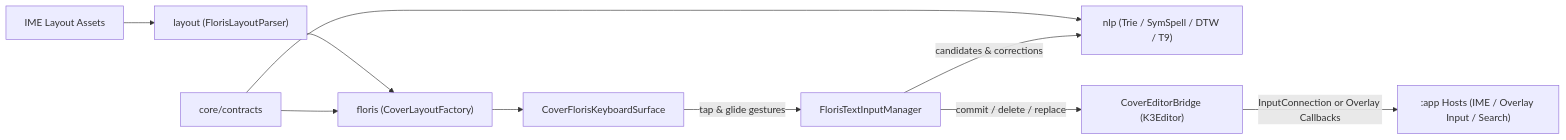
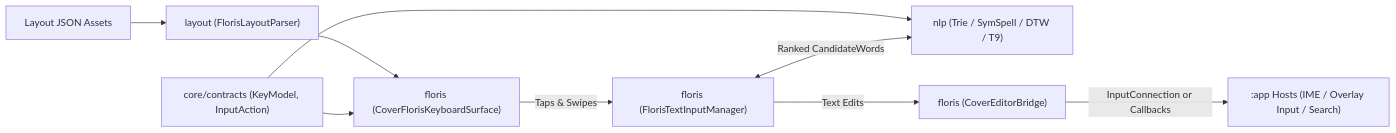
Before and after one commit to tyejaedon/Cover-Screen-OS: the diagram in keyboard-floris/README.md, drawn with Mermaid. The commit also changed other lines of this file and 157 other files, not shown here.

````diff
--- a/keyboard-floris/README.md
+++ b/keyboard-floris/README.md
@@ -17,12 +64,11 @@
 ```mermaid
 flowchart LR
-    Assets["IME Layout Assets"] --> Parser["layout (FlorisLayoutParser)"]
-    Parser --> Model["floris (CoverLayoutFactory)"]
-    Contracts["core/contracts"] --> Model
+    Assets["Layout JSON Assets"] --> Parser["layout (FlorisLayoutParser)"]
+    Parser --> FlorisUI["floris (CoverFlorisKeyboardSurface)"]
+    Contracts["core/contracts (KeyModel, InputAction)"] --> FlorisUI
     Contracts --> NLP["nlp (Trie / SymSpell / DTW / T9)"]
-    Model --> Surface["CoverFlorisKeyboardSurface"]
-    Surface -->|"tap & glide gestures"| InputMgr["FlorisTextInputManager"]
-    InputMgr -->|"candidates & corrections"| NLP
-    InputMgr -->|"commit / delete / replace"| Bridge["CoverEditorBridge (K3Editor)"]
-    Bridge -->|"InputConnection or Overlay Callbacks"| Host[":app Hosts (IME / Overlay Input / Search)"]
+    FlorisUI -->|"Taps & Swipes"| InputMgr["floris (FlorisTextInputManager)"]
+    InputMgr <-->|"Ranked CandidateWords"| NLP
+    InputMgr -->|"Text Edits"| Bridge["floris (CoverEditorBridge)"]
+    Bridge -->|"InputConnection or Callbacks"| AppHost[":app Hosts (IME / Overlay Input / Search)"]
 ```
````
